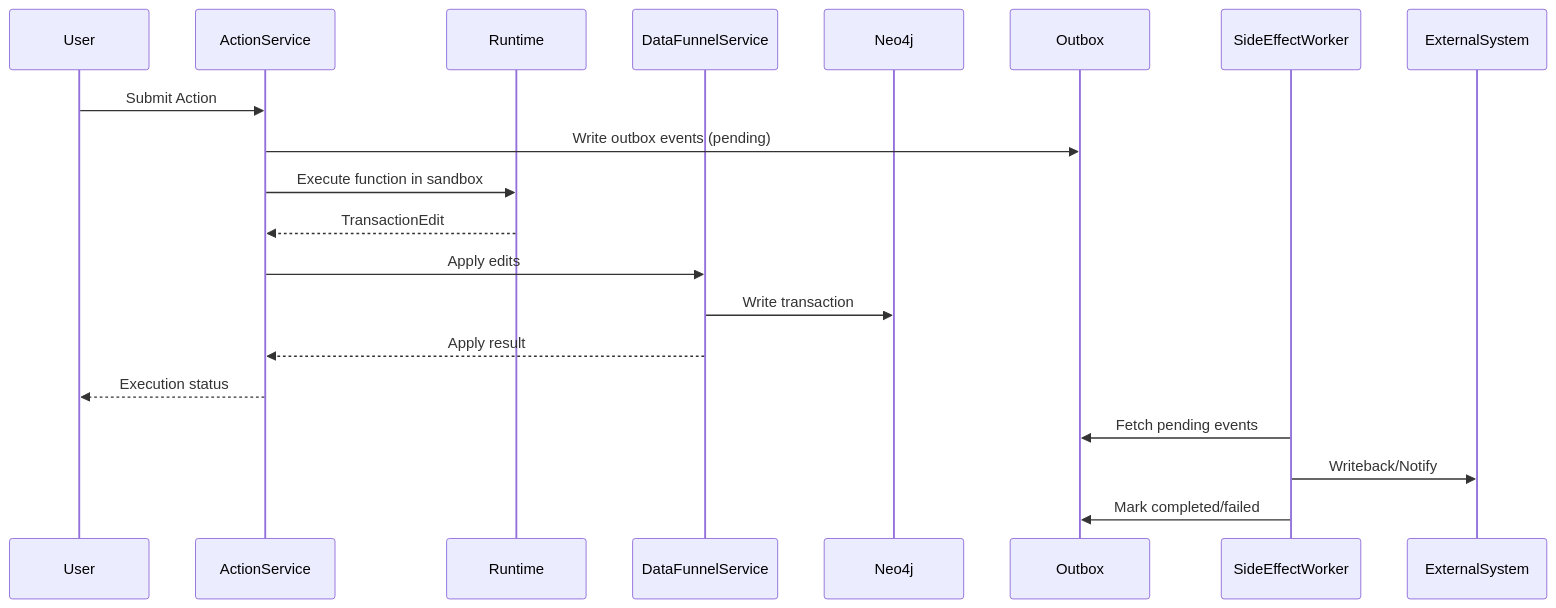
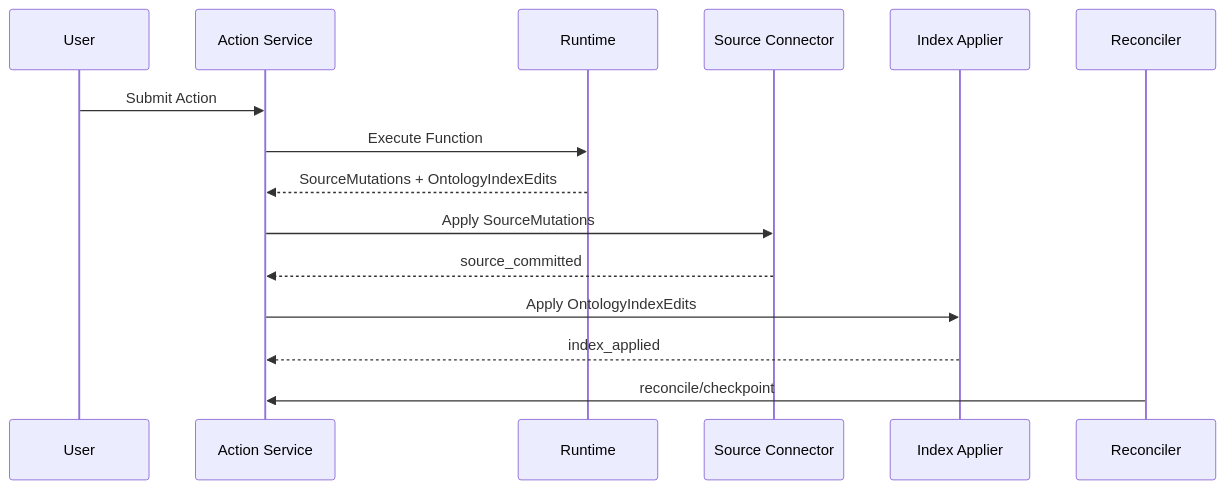
The third of 3 diagrams in docs/action_function_design.md (littleDrew/ontology), drawn with Mermaid before and after one commit. The commit also changed other lines of this file, not shown here.

Commit message:
docs: remove review narrative and clean phased action design

````diff
--- a/docs/action_function_design.md
+++ b/docs/action_function_design.md
@@ -68,23 +250,18 @@
 ```mermaid
 sequenceDiagram
-  participant User
-  participant ActionService
-  participant Runtime
-  participant DataFunnelService
-  participant Neo4j
-  participant Outbox
-  participant SideEffectWorker
-  participant ExternalSystem
+  participant U as User
+  participant AS as Action Service
+  participant RT as Runtime
+  participant SC as Source Connector
+  participant IA as Index Applier
+  participant RC as Reconciler
 
-  User->>ActionService: Submit Action
-  ActionService->>Outbox: Write outbox events (pending)
-  ActionService->>Runtime: Execute function in sandbox
-  Runtime-->>ActionService: TransactionEdit
-  ActionService->>DataFunnelService: Apply edits
-  DataFunnelService->>Neo4j: Write transaction
-  DataFunnelService-->>ActionService: Apply result
-  ActionService-->>User: Execution status
-  SideEffectWorker->>Outbox: Fetch pending events
-  SideEffectWorker->>ExternalSystem: Writeback/Notify
-  SideEffectWorker->>Outbox: Mark completed/failed
+  U->>AS: Submit Action
+  AS->>RT: Execute Function
+  RT-->>AS: SourceMutations + OntologyIndexEdits
+  AS->>SC: Apply SourceMutations
+  SC-->>AS: source_committed
+  AS->>IA: Apply OntologyIndexEdits
+  IA-->>AS: index_applied
+  RC->>AS: reconcile/checkpoint
 ```
````
